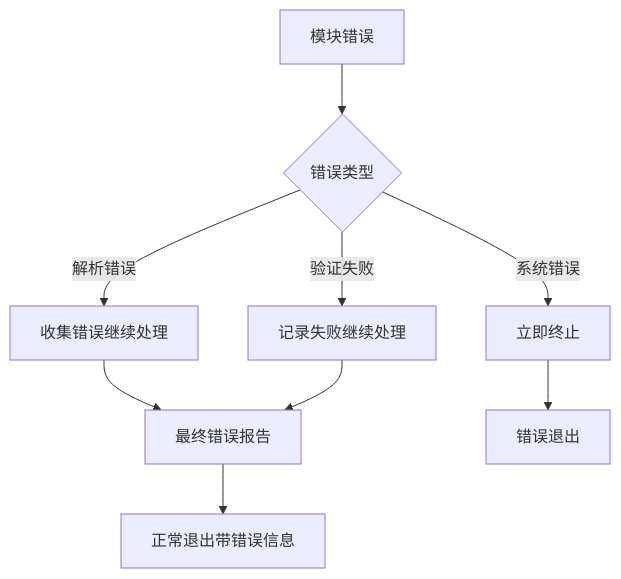
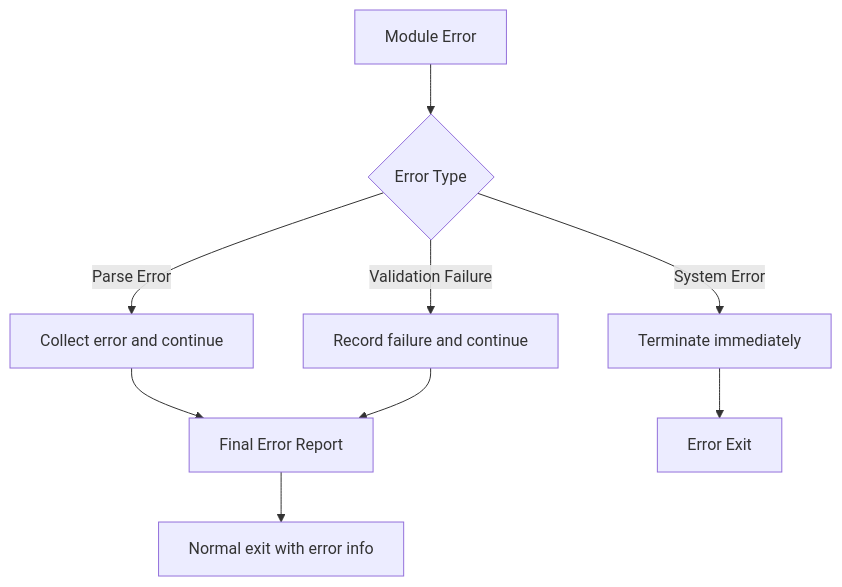
Before and after one commit to youming1970/FlowSpec_Phase_1: the second of 2 diagrams in docs/ARCHITECTURE.md, drawn with Mermaid. The commit also changed other lines of this file and 32 other files, not shown here.

````diff
--- a/docs/ARCHITECTURE.md
+++ b/docs/ARCHITECTURE.md
@@ -306,12 +306,12 @@
 ```mermaid
 graph TD
-    A[模块错误] --> B{错误类型}
-    B -->|解析错误| C[收集错误继续处理]
-    B -->|系统错误| D[立即终止]
-    B -->|验证失败| E[记录失败继续处理]
+    A[Module Error] --> B{Error Type}
+    B -->|Parse Error| C[Collect error and continue]
+    B -->|System Error| D[Terminate immediately]
+    B -->|Validation Failure| E[Record failure and continue]
     
-    C --> F[最终错误报告]
+    C --> F[Final Error Report]
     E --> F
-    D --> G[错误退出]
-    F --> H[正常退出带错误信息]
+    D --> G[Error Exit]
+    F --> H[Normal exit with error info]
 ```
````
